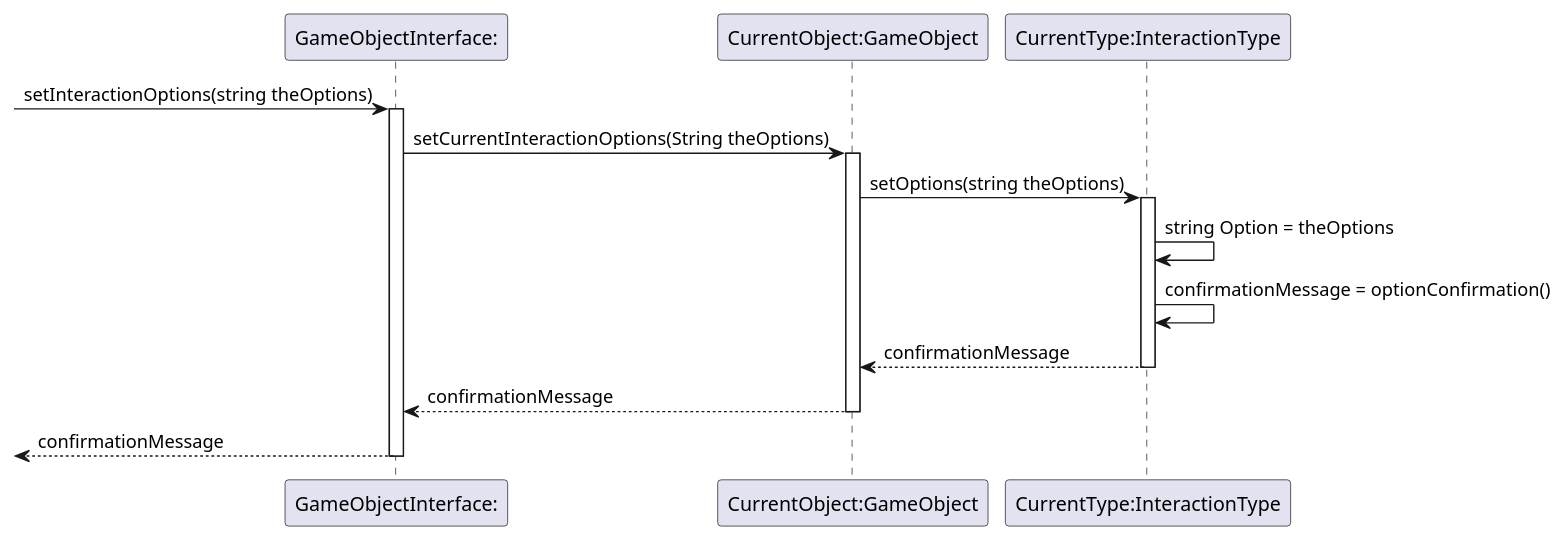
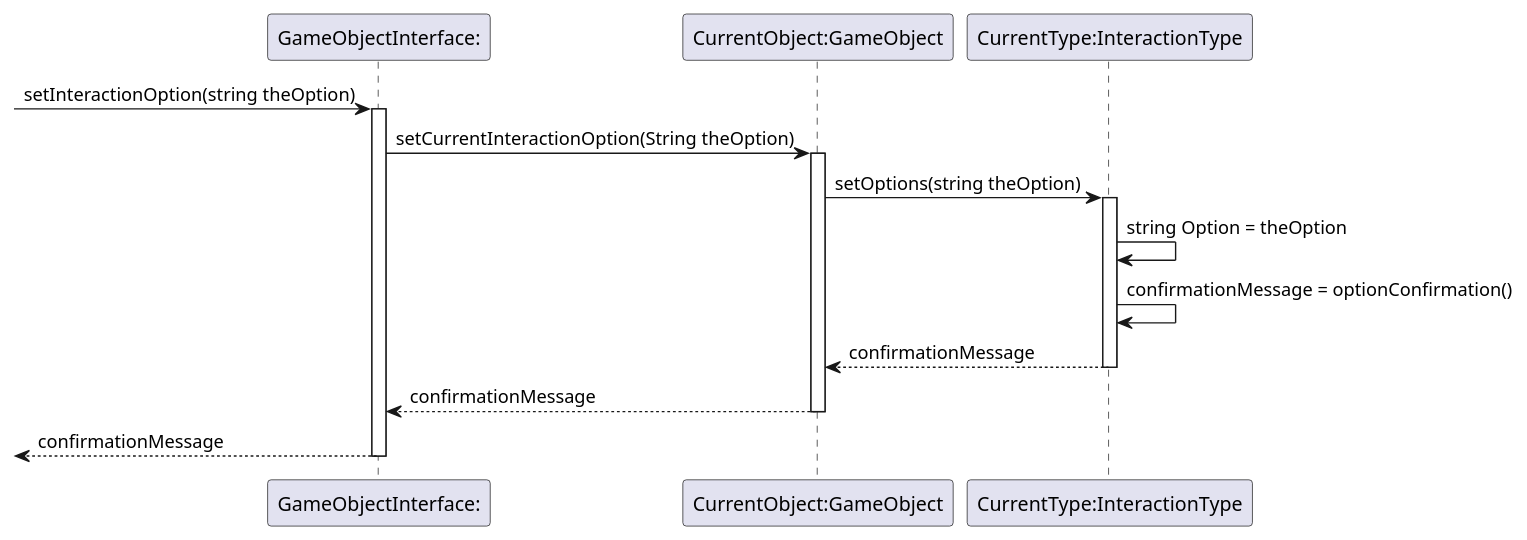
Before and after one commit to NoahHakansson/SE-PA1460: the diagram in refactored/setInteractionOptions.pu, drawn with PlantUML. The commit also changed 9 other files, not shown here.

Commit message:
changed setInteractionOptions to "Option" singular"

```diff
--- a/refactored/setInteractionOptions.pu
+++ b/refactored/setInteractionOptions.pu
@@ -1,12 +1,12 @@
-@startuml setInteractionOptions
+@startuml setInteractionOption
 
-[-> "GameObjectInterface:" ++: setInteractionOptions(string theOptions)
-"GameObjectInterface:" -> "CurrentObject:GameObject" ++: setCurrentInteractionOptions(String theOptions)
-"CurrentObject:GameObject" -> "CurrentType:InteractionType" ++: setOptions(string theOptions)
-"CurrentType:InteractionType" -> "CurrentType:InteractionType": string Option = theOptions
+[-> "GameObjectInterface:" ++: setInteractionOption(string theOption)
+"GameObjectInterface:" -> "CurrentObject:GameObject" ++: setCurrentInteractionOption(String theOption)
+"CurrentObject:GameObject" -> "CurrentType:InteractionType" ++: setOptions(string theOption)
+"CurrentType:InteractionType" -> "CurrentType:InteractionType": string Option = theOption
 "CurrentType:InteractionType" -> "CurrentType:InteractionType": confirmationMessage = optionConfirmation()
 return confirmationMessage
 return confirmationMessage
 return confirmationMessage
 
 @enduml
```
